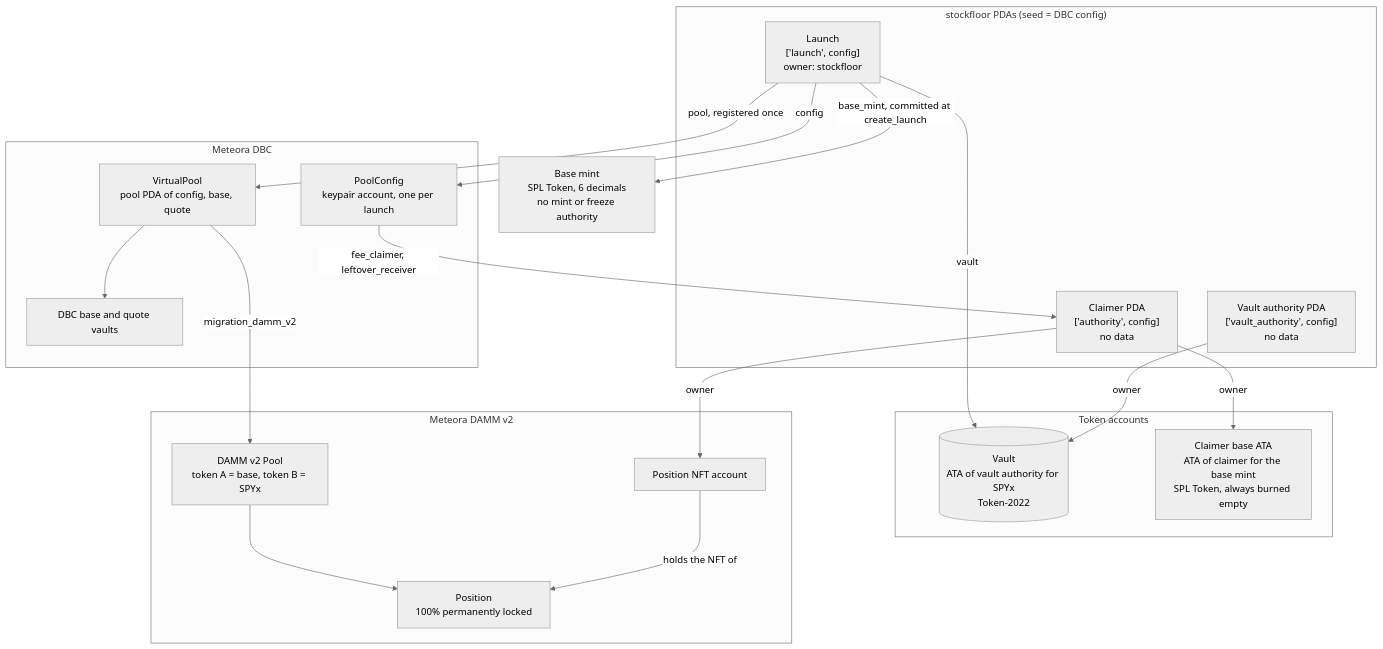
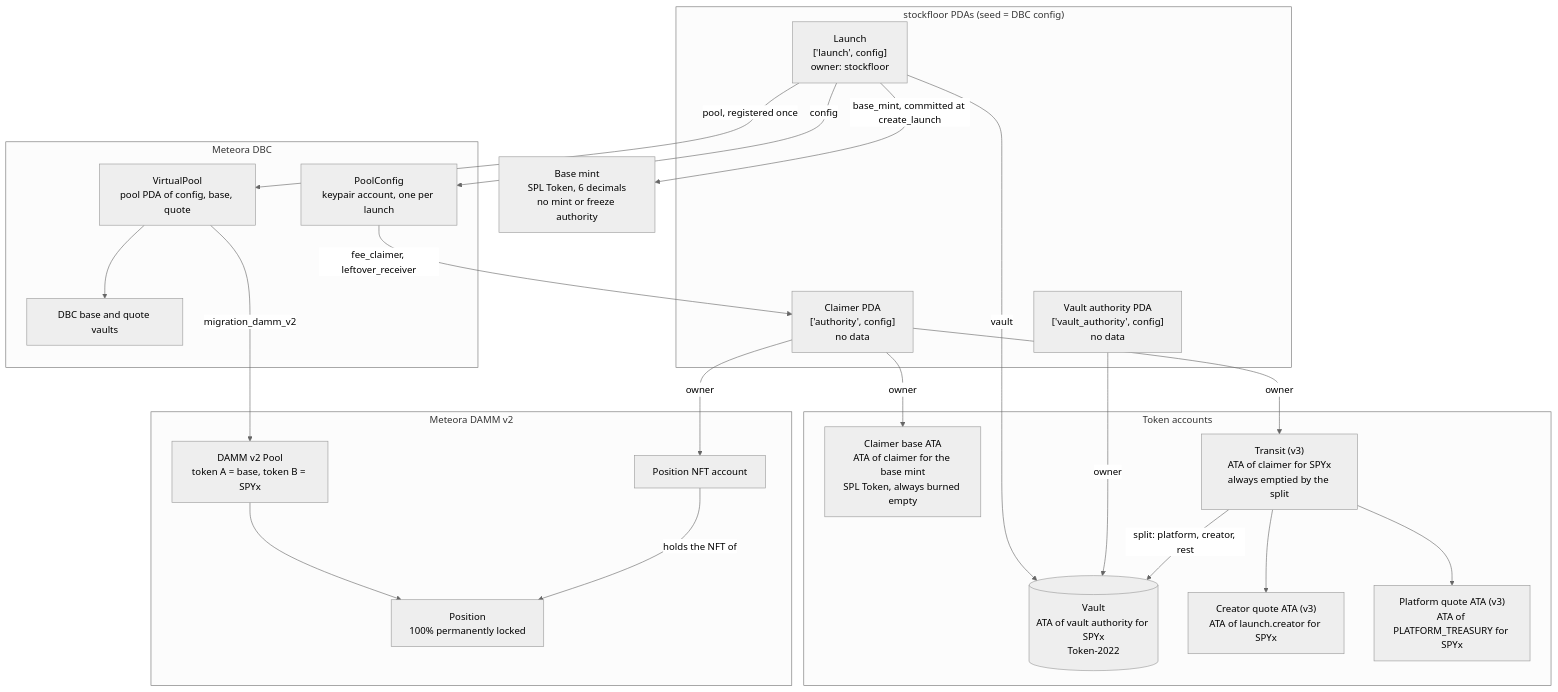
Before and after one commit to 0xrke/plinto: the first of 6 diagrams in docs/architecture.md, drawn with Mermaid (neutral theme). The commit also changed other lines of this file and 3 other files, not shown here.

First line of the commit message:
docs: architecture, README fee tables, STATUS for the v3 fee model

````diff
--- a/docs/architecture.md
+++ b/docs/architecture.md
@@ -49,35 +55,42 @@
 ```mermaid
 flowchart TB
   subgraph SF["stockfloor PDAs (seed = DBC config)"]
     launch["Launch<br/>['launch', config]<br/>owner: stockfloor"]
     claimer["Claimer PDA<br/>['authority', config]<br/>no data"]
     vauth["Vault authority PDA<br/>['vault_authority', config]<br/>no data"]
   end
   subgraph TOK["Token accounts"]
     vault[("Vault<br/>ATA of vault authority for SPYx<br/>Token-2022")]
     cbase["Claimer base ATA<br/>ATA of claimer for the base mint<br/>SPL Token, always burned empty"]
+    transit["Transit (v3)<br/>ATA of claimer for SPYx<br/>always emptied by the split"]
+    cquote["Creator quote ATA (v3)<br/>ATA of launch.creator for SPYx"]
+    pquote["Platform quote ATA (v3)<br/>ATA of PLATFORM_TREASURY for SPYx"]
   end
   subgraph DBCX["Meteora DBC"]
     config["PoolConfig<br/>keypair account, one per launch"]
     pool["VirtualPool<br/>pool PDA of config, base, quote"]
     dbcvaults["DBC base and quote vaults"]
   end
   subgraph DAMMX["Meteora DAMM v2"]
     dpool["DAMM v2 Pool<br/>token A = base, token B = SPYx"]
     pos["Position<br/>100% permanently locked"]
     nft["Position NFT account"]
   end
   basemint["Base mint<br/>SPL Token, 6 decimals<br/>no mint or freeze authority"]
   config -->|fee_claimer, leftover_receiver| claimer
   launch -->|config| config
   launch -->|pool, registered once| pool
   launch -->|base_mint, committed at create_launch| basemint
   launch -->|vault| vault
   vauth -->|owner| vault
   claimer -->|owner| cbase
+  claimer -->|owner| transit
+  transit -->|split: platform, creator, rest| vault
+  transit --> cquote
+  transit --> pquote
   claimer -->|owner| nft
   pool --> dbcvaults
   pool -->|migration_damm_v2| dpool
   dpool --> pos
   nft -->|holds the NFT of| pos
 ```
````
